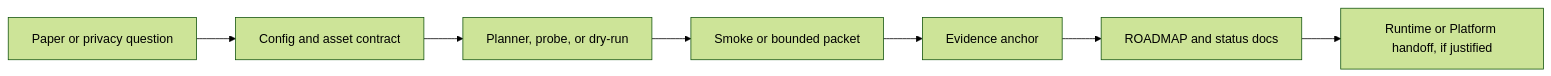
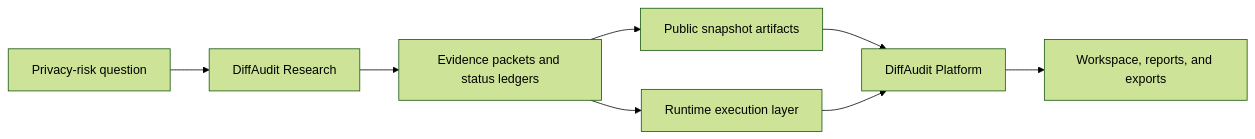
Before and after one commit to DeliciousBuding/DiffAudit-Research: the diagram in README.md, drawn with Mermaid (forest theme). The commit also changed other lines of this file, not shown here.

First line of the commit message:
docs: reposition Research README for product handoff (#19)

````diff
--- a/README.md
+++ b/README.md
@@ -116,9 +51,10 @@
 ```mermaid
 flowchart LR
-    A["Paper or privacy question"] --> B["Config and asset contract"]
-    B --> C["Planner, probe, or dry-run"]
-    C --> D["Smoke or bounded packet"]
-    D --> E["Evidence anchor"]
-    E --> F["ROADMAP and status docs"]
-    F --> G["Runtime or Platform handoff, if justified"]
+  Question["Privacy-risk question"] --> Research["DiffAudit Research"]
+  Research --> Evidence["Evidence packets and status ledgers"]
+  Evidence --> Runtime["Runtime execution layer"]
+  Evidence --> Snapshot["Public snapshot artifacts"]
+  Snapshot --> Platform["DiffAudit Platform"]
+  Runtime --> Platform
+  Platform --> Review["Workspace, reports, and exports"]
 ```
````
